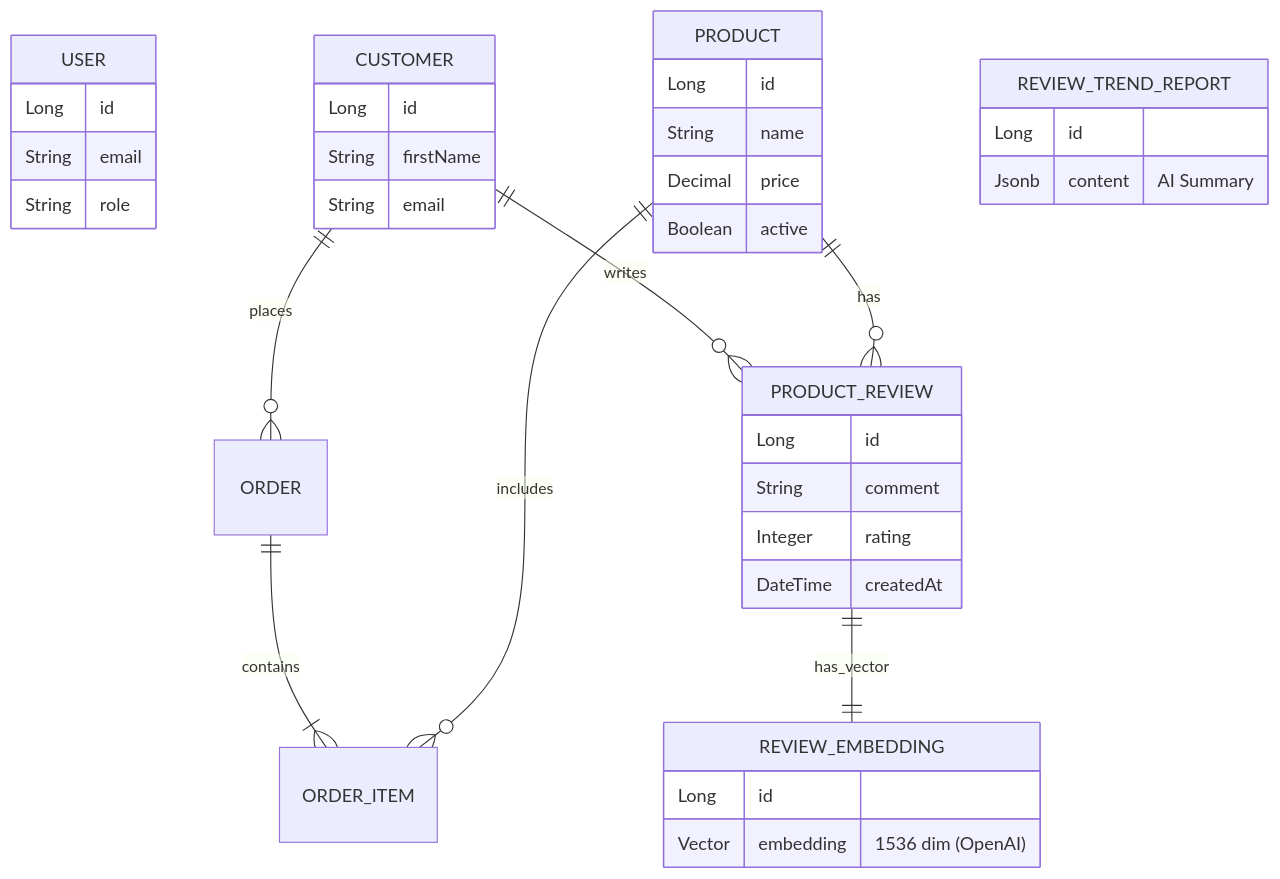
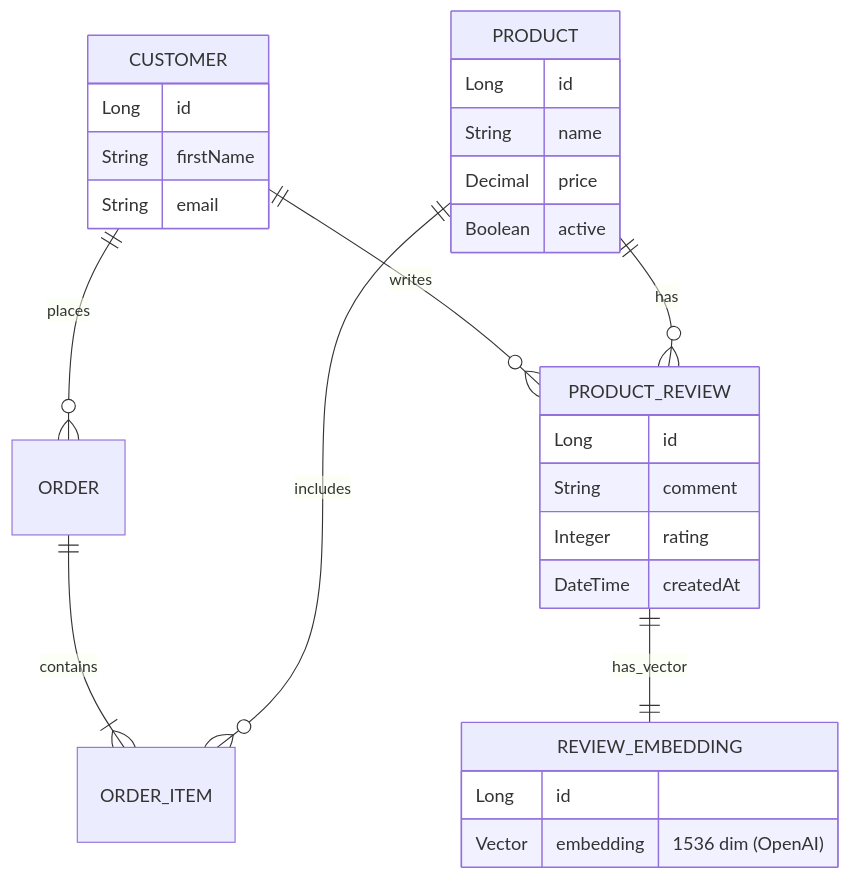
Before and after one commit to Thomas7899/order-management-app: the diagram in README.md, drawn with Mermaid. The commit also changed other lines of this file, not shown here.

Commit message:
Clean up README by removing unused model fields
Removed unused data model fields and example code from the README.

````diff
--- a/README.md
+++ b/README.md
@@ -74,40 +74,32 @@
 ```mermaid
 erDiagram
-    USER {
-        Long id
-        String email
-        String role
-    }
     CUSTOMER ||--o{ ORDER : places
     CUSTOMER ||--o{ PRODUCT_REVIEW : writes
     ORDER ||--|{ ORDER_ITEM : contains
     PRODUCT ||--o{ ORDER_ITEM : includes
     PRODUCT ||--o{ PRODUCT_REVIEW : has
     PRODUCT_REVIEW ||--|| REVIEW_EMBEDDING : has_vector
 
     CUSTOMER {
         Long id
         String firstName
         String email
     }
     PRODUCT {
         Long id
         String name
         Decimal price
         Boolean active
     }
     PRODUCT_REVIEW {
         Long id
         String comment
         Integer rating
         DateTime createdAt
     }
     REVIEW_EMBEDDING {
         Long id
         Vector embedding "1536 dim (OpenAI)"
     }
-    REVIEW_TREND_REPORT {
-        Long id
-        Jsonb content "AI Summary"
-    }
+
 ```
````
